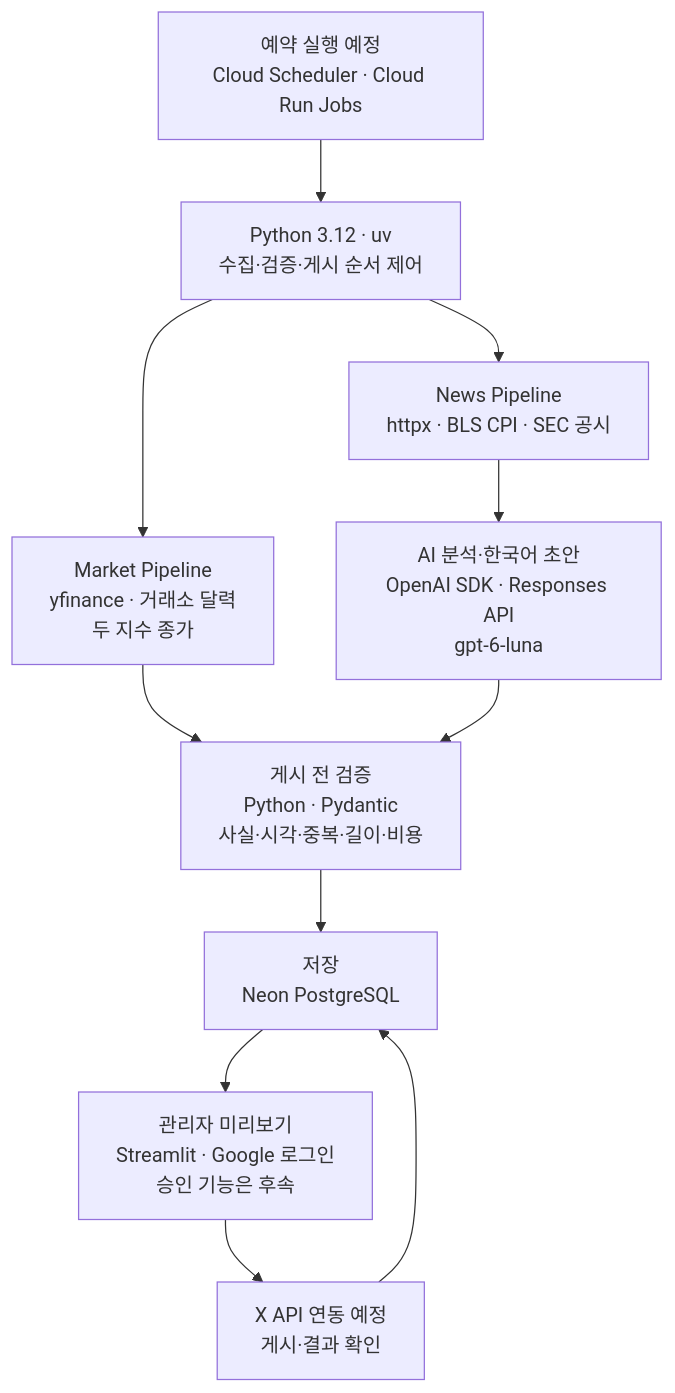
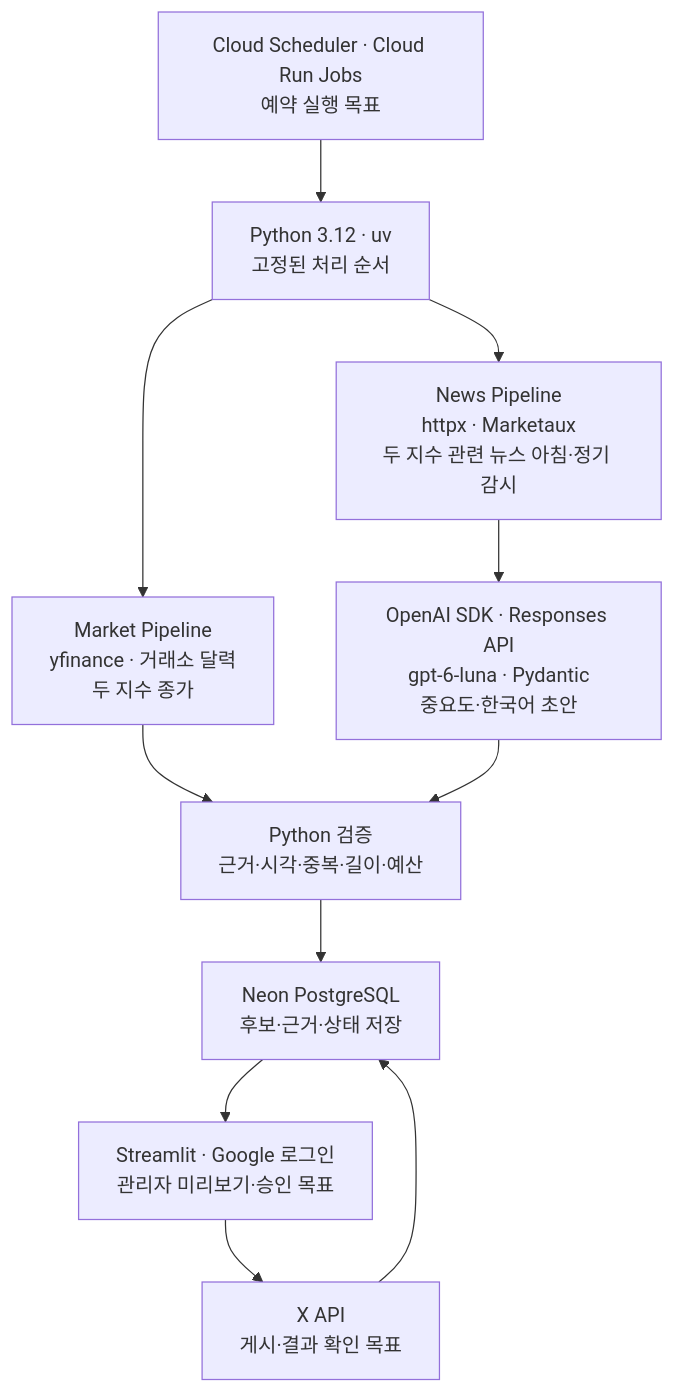
Before and after one commit to luvulmi/xfolio: the diagram in tasks/presentations/3주차_기술_조사.md, drawn with Mermaid. The commit also changed other lines of this file and 19 other files, not shown here.

````diff
--- a/tasks/presentations/3주차_기술_조사.md
+++ b/tasks/presentations/3주차_기술_조사.md
@@ -19,13 +21,13 @@
 ```mermaid
 flowchart TD
-    S["예약 실행 예정<br/>Cloud Scheduler · Cloud Run Jobs"] --> P["Python 3.12 · uv<br/>수집·검증·게시 순서 제어"]
+    S["Cloud Scheduler · Cloud Run Jobs<br/>예약 실행 목표"] --> P["Python 3.12 · uv<br/>고정된 처리 순서"]
     P --> M["Market Pipeline<br/>yfinance · 거래소 달력<br/>두 지수 종가"]
-    P --> N["News Pipeline<br/>httpx · BLS CPI · SEC 공시"]
-    N --> A["AI 분석·한국어 초안<br/>OpenAI SDK · Responses API<br/>gpt-6-luna"]
-    M --> V["게시 전 검증<br/>Python · Pydantic<br/>사실·시각·중복·길이·비용"]
+    P --> N["News Pipeline<br/>httpx · Marketaux<br/>두 지수 관련 뉴스 아침·정기 감시"]
+    N --> A["OpenAI SDK · Responses API<br/>gpt-6-luna · Pydantic<br/>중요도·한국어 초안"]
+    M --> V["Python 검증<br/>근거·시각·중복·길이·예산"]
     A --> V
-    V --> D["저장<br/>Neon PostgreSQL"]
-    D --> U["관리자 미리보기<br/>Streamlit · Google 로그인<br/>승인 기능은 후속"]
-    U --> X["X API 연동 예정<br/>게시·결과 확인"]
+    V --> D["Neon PostgreSQL<br/>후보·근거·상태 저장"]
+    D --> U["Streamlit · Google 로그인<br/>관리자 미리보기·승인 목표"]
+    U --> X["X API<br/>게시·결과 확인 목표"]
     X --> D
 ```
````
